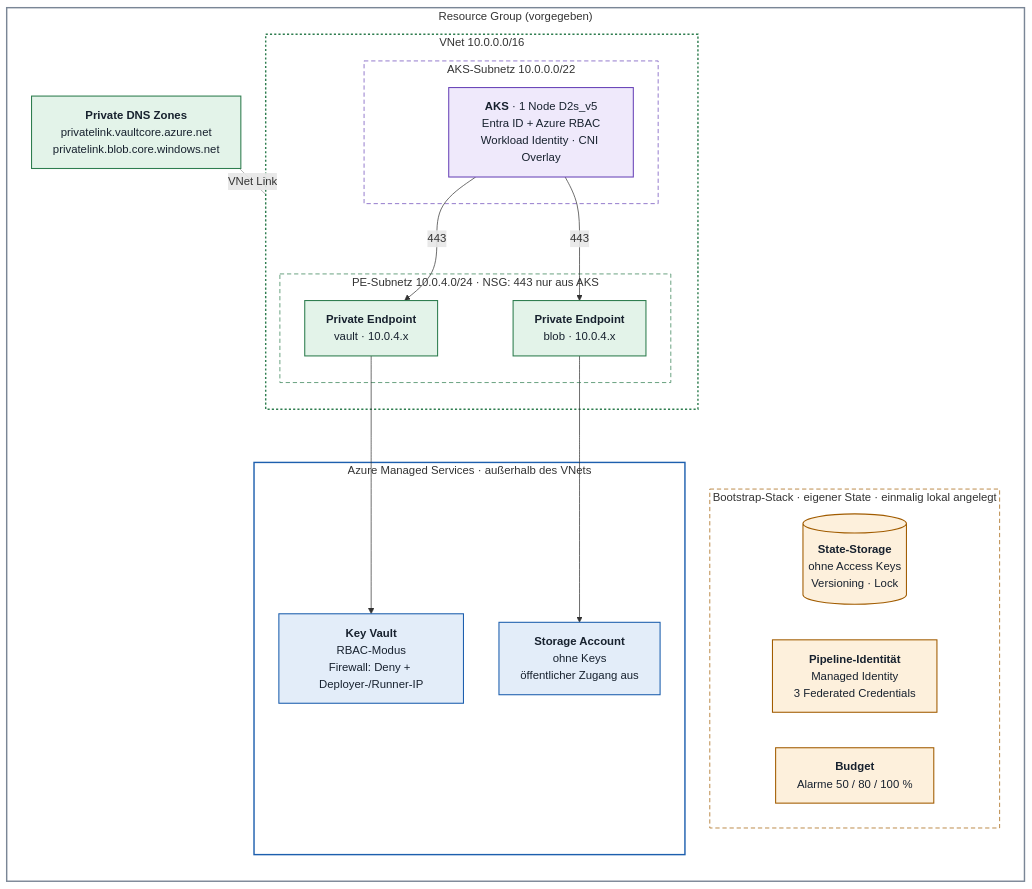
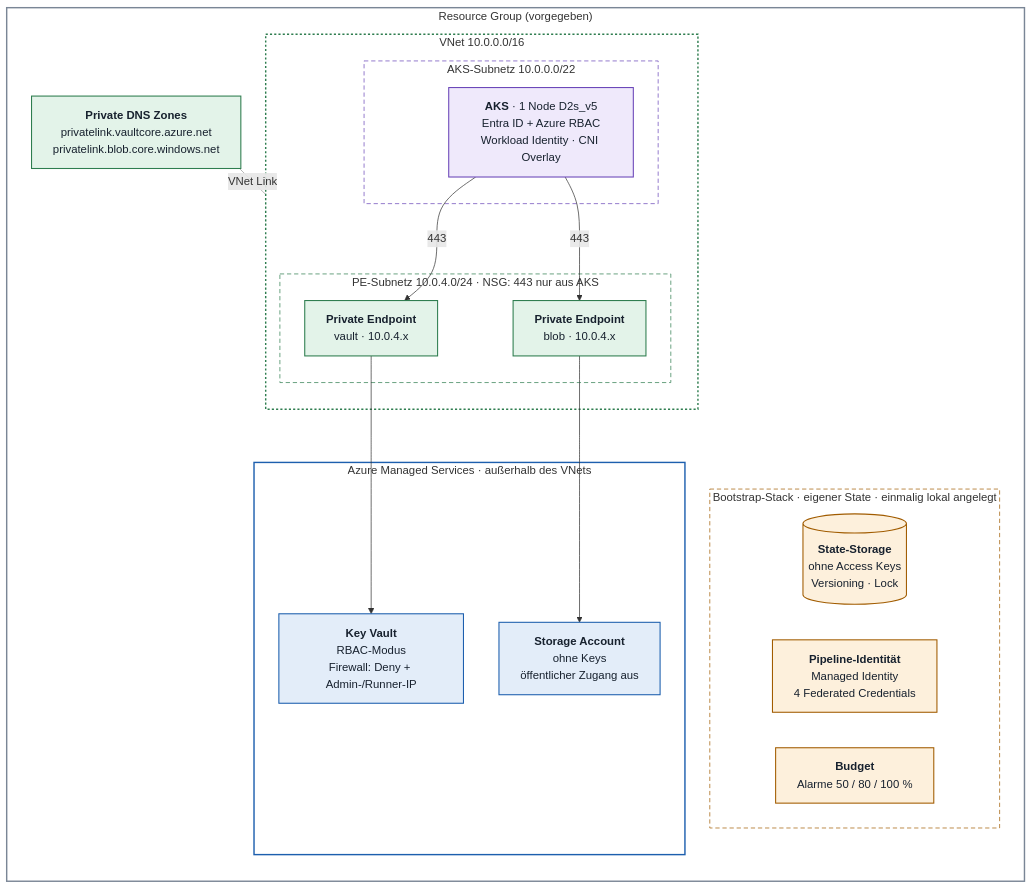
One commit to alonsodon/azure-private-aks-platform changed the first of 2 diagrams in README.md. Above: the diagram before and after it, drawn with Mermaid. The commit also changed other lines of this file and 3 other files, not shown here.

````diff
--- a/README.md
+++ b/README.md
@@ -35,46 +39,46 @@
 ```mermaid
 flowchart LR
 
   subgraph rg["Resource Group (vorgegeben)"]
 
     subgraph boot["Bootstrap-Stack · eigener State · einmalig lokal angelegt"]
       state[("<b>State-Storage</b><br/>ohne Access Keys<br/>Versioning · Lock")]:::boot
-      idp["<b>Pipeline-Identität</b><br/>Managed Identity<br/>3 Federated Credentials"]:::boot
+      idp["<b>Pipeline-Identität</b><br/>Managed Identity<br/>4 Federated Credentials"]:::boot
       budget["<b>Budget</b><br/>Alarme 50 / 80 / 100 %"]:::boot
     end
 
     subgraph vnet["VNet 10.0.0.0/16"]
       subgraph snaks["AKS-Subnetz 10.0.0.0/22"]
         aks["<b>AKS</b> · 1 Node D2s_v5<br/>Entra ID + Azure RBAC<br/>Workload Identity · CNI Overlay"]:::compute
       end
       subgraph snpe["PE-Subnetz 10.0.4.0/24 · NSG: 443 nur aus AKS"]
         pekv["<b>Private Endpoint</b><br/>vault · 10.0.4.x"]:::net
         pest["<b>Private Endpoint</b><br/>blob · 10.0.4.x"]:::net
       end
     end
 
     dns["<b>Private DNS Zones</b><br/>privatelink.vaultcore.azure.net<br/>privatelink.blob.core.windows.net"]:::net
 
     subgraph paas["Azure Managed Services · außerhalb des VNets"]
-      kv["<b>Key Vault</b><br/>RBAC-Modus<br/>Firewall: Deny + Deployer-/Runner-IP"]:::paas
+      kv["<b>Key Vault</b><br/>RBAC-Modus<br/>Firewall: Deny + Admin-/Runner-IP"]:::paas
       st["<b>Storage Account</b><br/>ohne Keys<br/>öffentlicher Zugang aus"]:::paas
     end
   end
 
   aks -- "443" --> pekv
   aks -- "443" --> pest
   pekv --> kv
   pest --> st
   dns -. "VNet Link" .- vnet
 
   classDef boot fill:#fdf0dc,stroke:#a15c00,stroke-width:1.5px,color:#17212e
   classDef net fill:#e3f3e9,stroke:#2e7d4f,stroke-width:1.5px,color:#17212e
   classDef paas fill:#e3edf9,stroke:#1d5fae,stroke-width:1.5px,color:#17212e
   classDef compute fill:#efe9fb,stroke:#6a46b8,stroke-width:1.5px,color:#17212e
   style rg fill:transparent,stroke:#7a8696,stroke-width:2px
   style boot fill:transparent,stroke:#a15c00,stroke-dasharray:6 4
   style vnet fill:transparent,stroke:#2e7d4f,stroke-width:2px,stroke-dasharray:3 3
   style snaks fill:transparent,stroke:#6a46b8,stroke-dasharray:6 4
   style snpe fill:transparent,stroke:#2e7d4f,stroke-dasharray:6 4
   style paas fill:transparent,stroke:#1d5fae,stroke-width:2px
 ```
````
